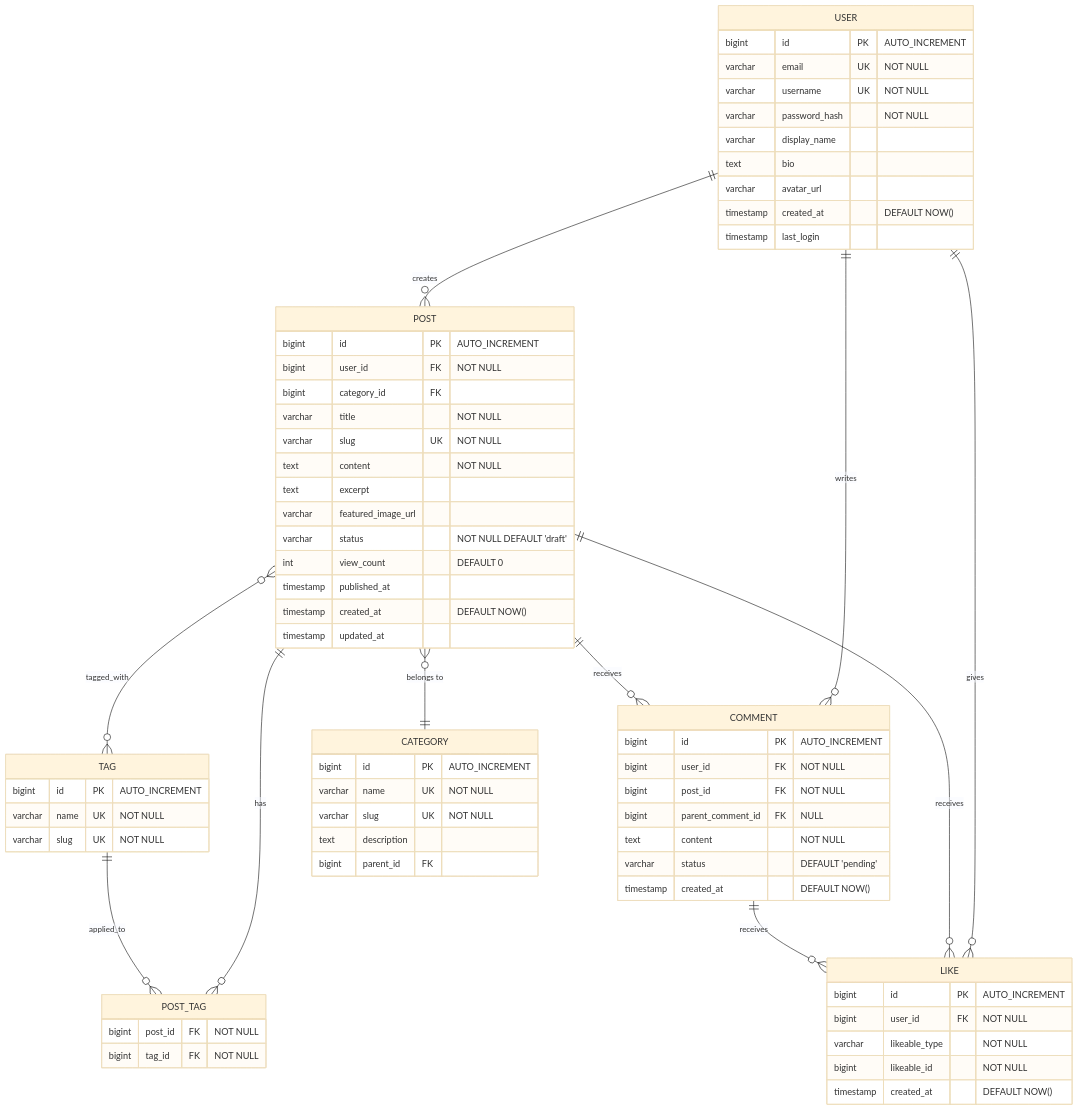
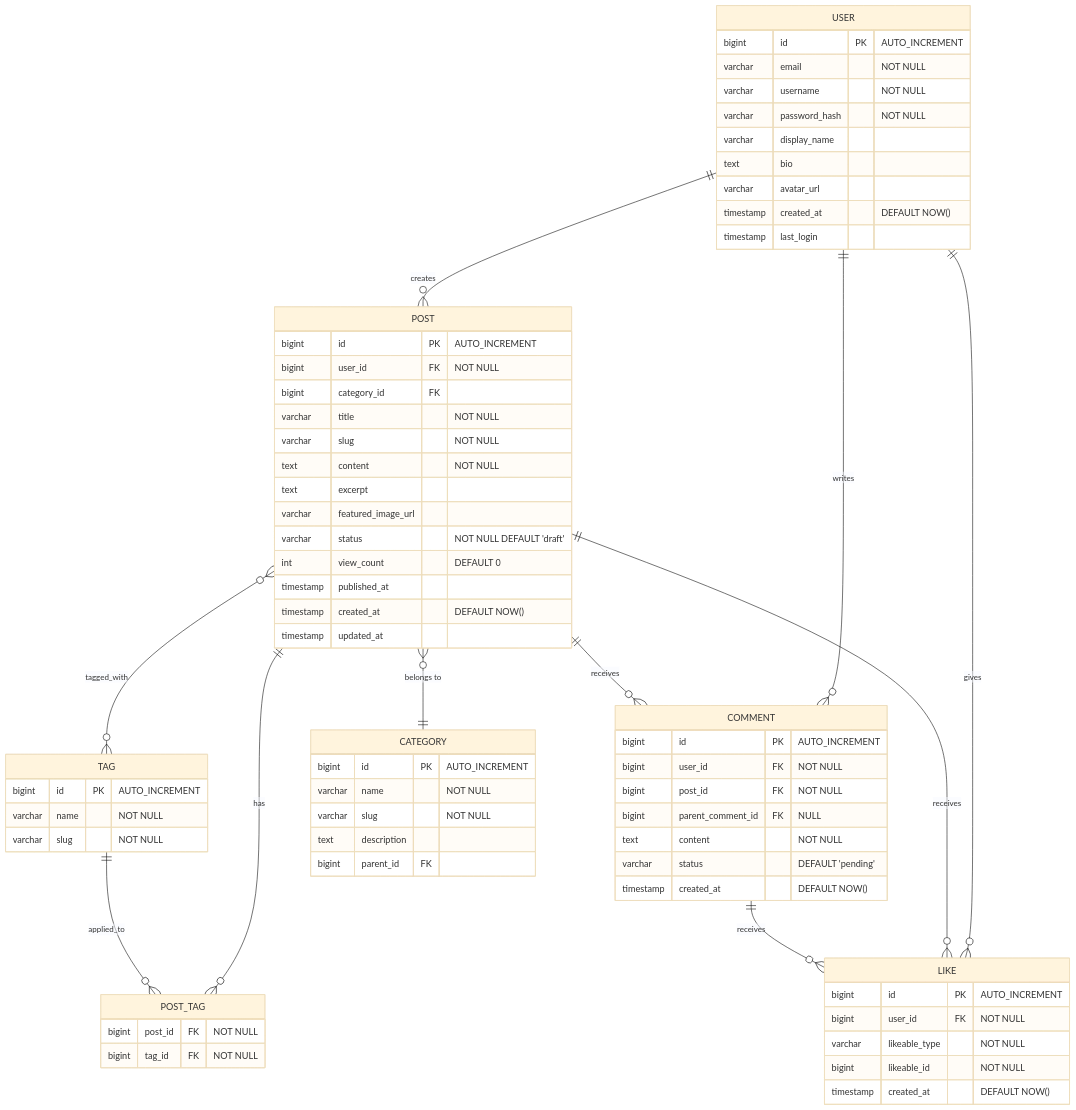
Before and after one commit to Aniket-a14/SRA: the seventh of 13 diagrams in .agent/skills/mermaid-diagrams/references/erd-diagrams.md, drawn with Mermaid (base theme). The commit also changed other lines of this file and 18 other files, not shown here.

Commit message:
feat: Implement IEEE 830-1998 SRS generation with AI agents, dynamic settings, and Mermaid diagram support.

````diff
--- a/.agent/skills/mermaid-diagrams/references/erd-diagrams.md
+++ b/.agent/skills/mermaid-diagrams/references/erd-diagrams.md
@@ -210,78 +208,78 @@
 ```mermaid
 erDiagram
     USER ||--o{ POST : creates
     USER ||--o{ COMMENT : writes
     POST ||--o{ COMMENT : receives
     POST }o--o{ TAG : tagged_with
     POST ||--o{ POST_TAG : has
     TAG ||--o{ POST_TAG : applied_to
     POST }o--|| CATEGORY : "belongs to"
     USER ||--o{ LIKE : gives
     POST ||--o{ LIKE : receives
     COMMENT ||--o{ LIKE : receives
     
     USER {
         bigint id PK "AUTO_INCREMENT"
-        varchar email UK "NOT NULL"
-        varchar username UK "NOT NULL"
+        varchar email "NOT NULL"
+        varchar username "NOT NULL"
         varchar password_hash "NOT NULL"
         varchar display_name
         text bio
         varchar avatar_url
         timestamp created_at "DEFAULT NOW()"
         timestamp last_login
     }
     
     POST {
         bigint id PK "AUTO_INCREMENT"
         bigint user_id FK "NOT NULL"
         bigint category_id FK
         varchar title "NOT NULL"
-        varchar slug UK "NOT NULL"
+        varchar slug "NOT NULL"
         text content "NOT NULL"
         text excerpt
         varchar featured_image_url
         varchar status "NOT NULL DEFAULT 'draft'"
         int view_count "DEFAULT 0"
         timestamp published_at
         timestamp created_at "DEFAULT NOW()"
         timestamp updated_at
     }
     
     COMMENT {
         bigint id PK "AUTO_INCREMENT"
         bigint user_id FK "NOT NULL"
         bigint post_id FK "NOT NULL"
         bigint parent_comment_id FK "NULL"
         text content "NOT NULL"
         varchar status "DEFAULT 'pending'"
         timestamp created_at "DEFAULT NOW()"
     }
     
     CATEGORY {
         bigint id PK "AUTO_INCREMENT"
-        varchar name UK "NOT NULL"
-        varchar slug UK "NOT NULL"
+        varchar name "NOT NULL"
+        varchar slug "NOT NULL"
         text description
         bigint parent_id FK
     }
     
     TAG {
         bigint id PK "AUTO_INCREMENT"
-        varchar name UK "NOT NULL"
-        varchar slug UK "NOT NULL"
+        varchar name "NOT NULL"
+        varchar slug "NOT NULL"
     }
     
     POST_TAG {
         bigint post_id FK "NOT NULL"
         bigint tag_id FK "NOT NULL"
     }
     
     LIKE {
         bigint id PK "AUTO_INCREMENT"
         bigint user_id FK "NOT NULL"
         varchar likeable_type "NOT NULL"
         bigint likeable_id "NOT NULL"
         timestamp created_at "DEFAULT NOW()"
     }
 ```
````
